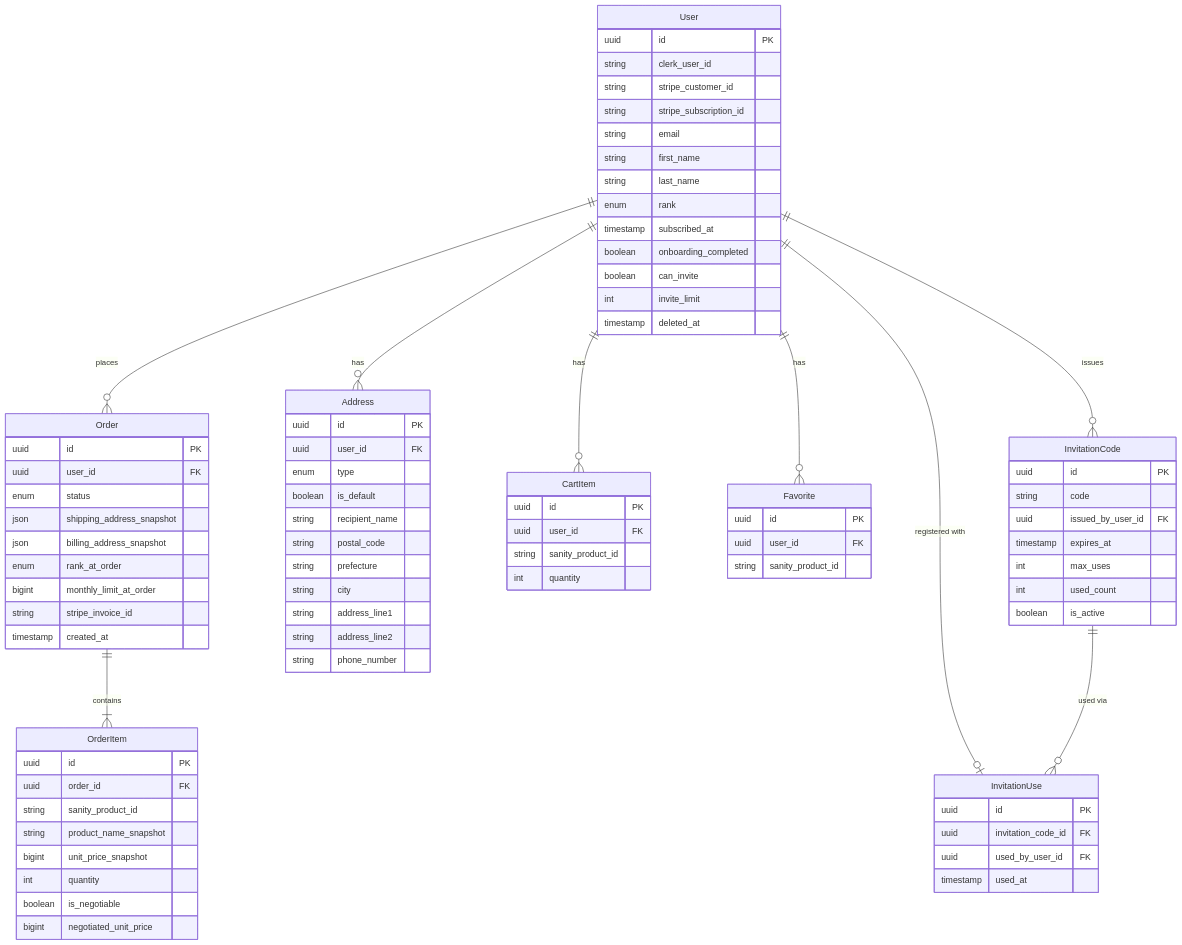
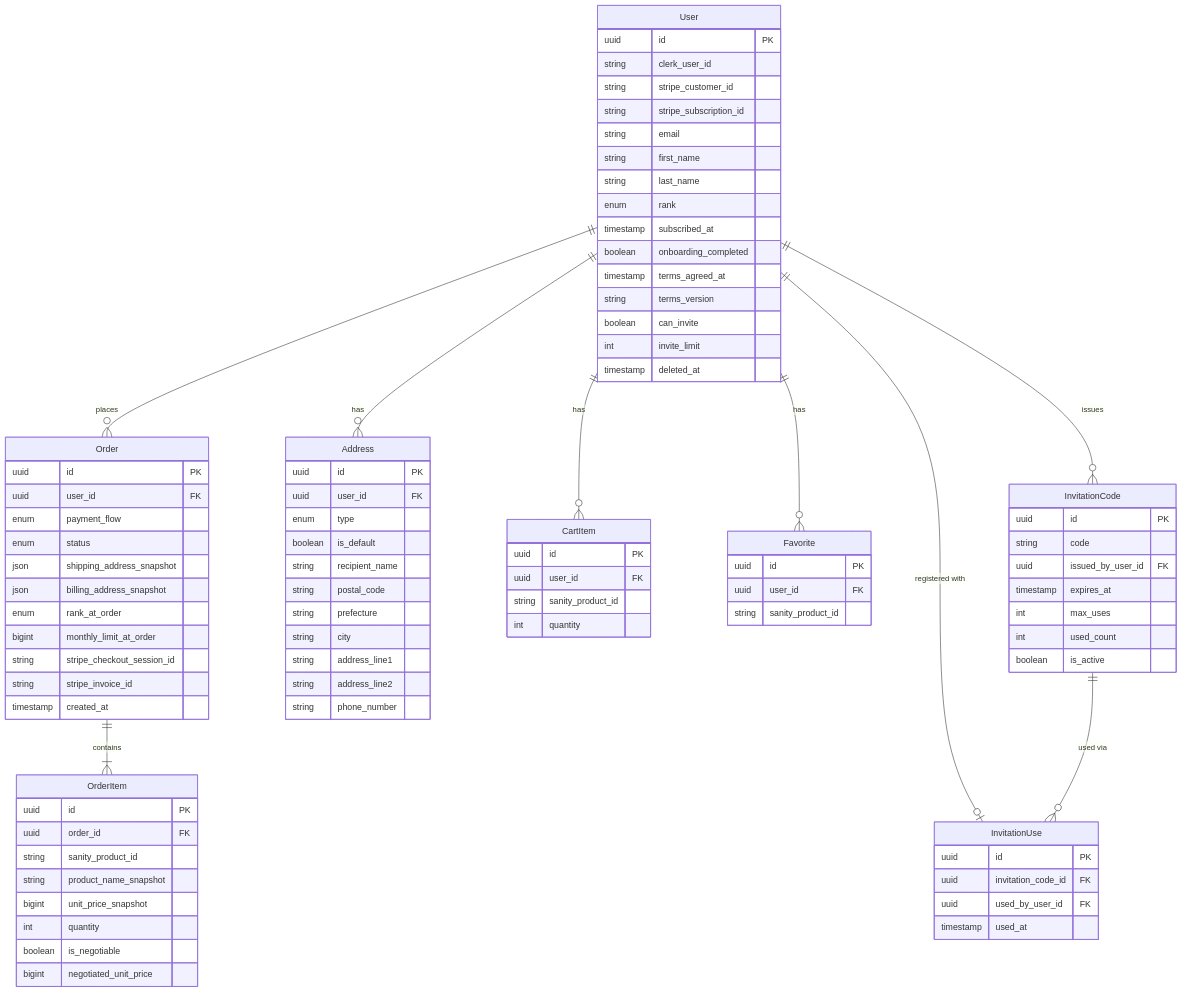
One commit to wknd-studio/brand-closed-ec changed the diagram in docs/data-model.md. Above: the diagram before and after it, drawn with Mermaid. The commit also changed other lines of this file and 10 other files, not shown here.

```diff
--- a/docs/data-model.md
+++ b/docs/data-model.md
@@ -184,6 +190,8 @@
         enum rank
         timestamp subscribed_at
         boolean onboarding_completed
+        timestamp terms_agreed_at
+        string terms_version
         boolean can_invite
         int invite_limit
         timestamp deleted_at
@@ -223,11 +231,13 @@
     Order {
         uuid id PK
         uuid user_id FK
+        enum payment_flow
         enum status
         json shipping_address_snapshot
         json billing_address_snapshot
         enum rank_at_order
         bigint monthly_limit_at_order
+        string stripe_checkout_session_id
         string stripe_invoice_id
         timestamp created_at
     }
```
